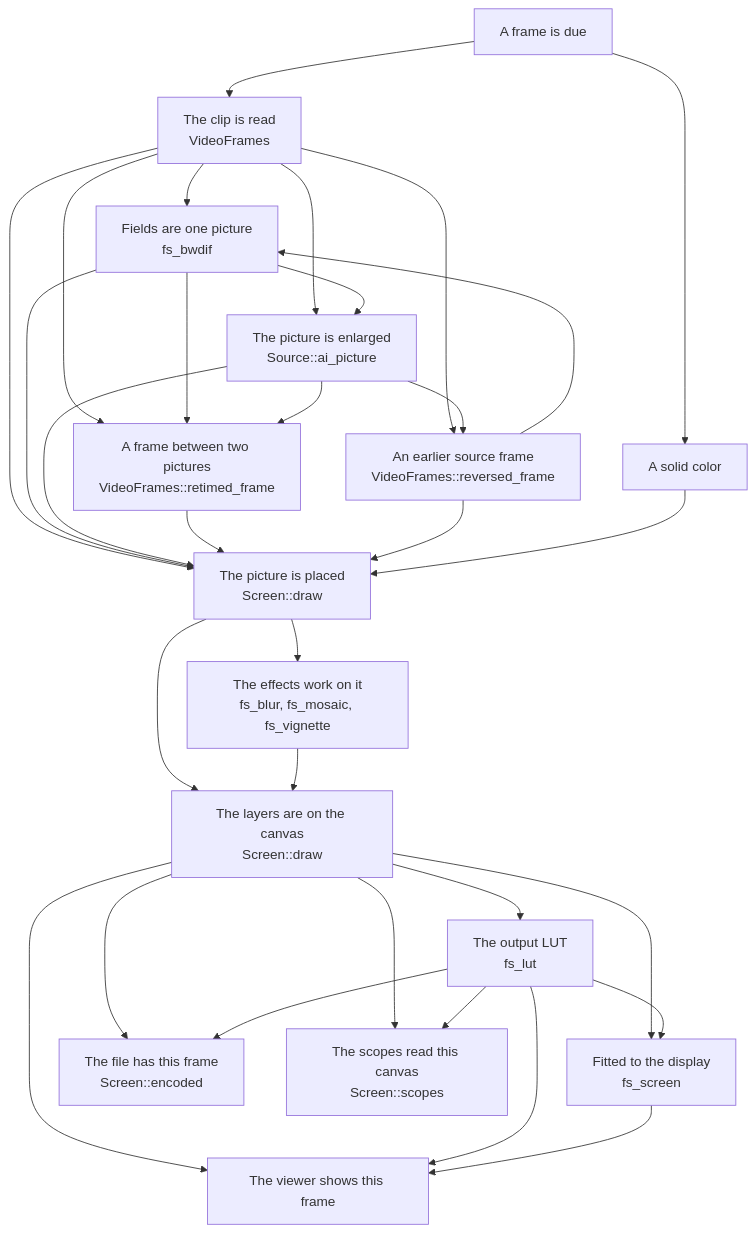
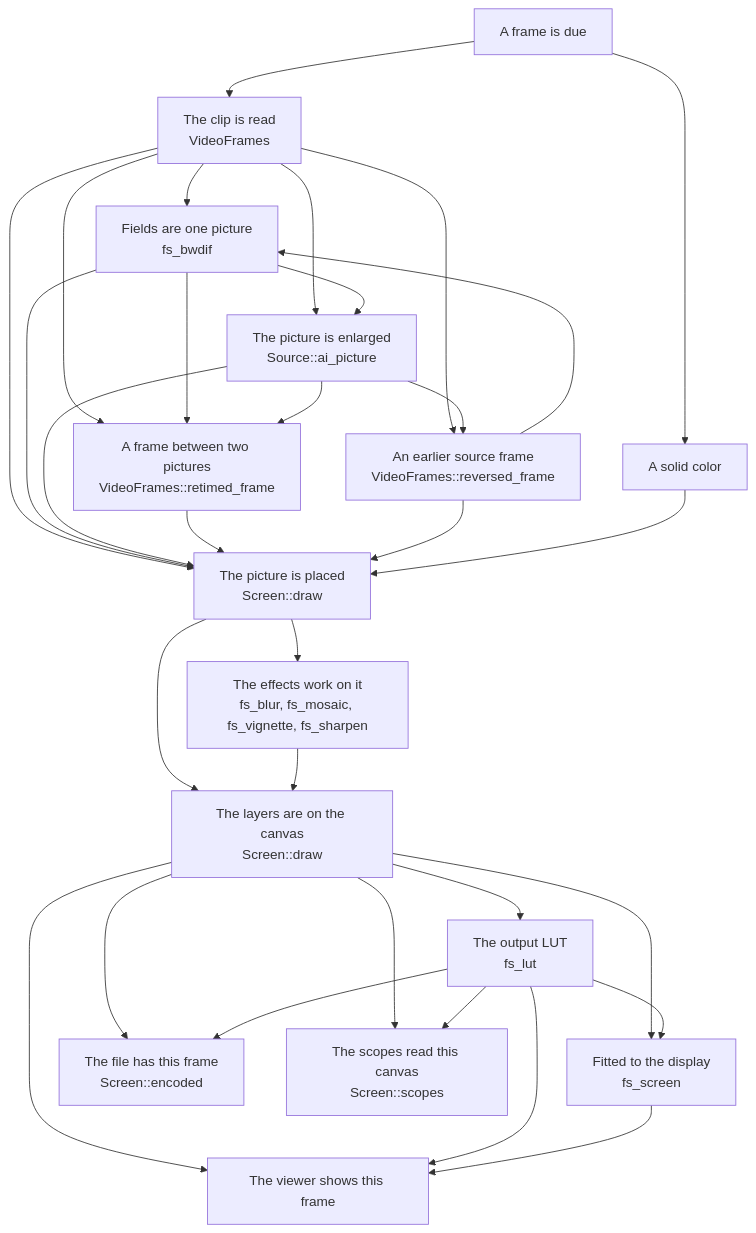
One commit to oittaa/vidcut changed the third of 3 diagrams in docs/design/README.md. Above: the diagram before and after it, drawn with Mermaid. The commit also changed other lines of this file and 20 other files, not shown here.

First line of the commit message:
feat(effects): Sharpen makes three bands of detail stronger (#924)

````diff
--- a/docs/design/README.md
+++ b/docs/design/README.md
@@ -61,48 +61,48 @@
 ```mermaid
 flowchart TD
   due["A frame is due"]
   read["The clip is read<br>VideoFrames"]
   solid["A solid color"]
   weave["Fields are one picture<br>fs_bwdif"]
   grow["The picture is enlarged<br>Source::ai_picture"]
   between["A frame between two pictures<br>VideoFrames::retimed_frame"]
   earlier["An earlier source frame<br>VideoFrames::reversed_frame"]
   place["The picture is placed<br>Screen::draw"]
-  fx["The effects work on it<br>fs_blur, fs_mosaic, fs_vignette"]
+  fx["The effects work on it<br>fs_blur, fs_mosaic, fs_vignette, fs_sharpen"]
   mix["The layers are on the canvas<br>Screen::draw"]
   looked["The output LUT<br>fs_lut"]
   show["The viewer shows this frame"]
   mapped["Fitted to the display<br>fs_screen"]
   file["The file has this frame<br>Screen::encoded"]
   scopes["The scopes read this canvas<br>Screen::scopes"]
   due --> read
   due --> solid
   read --> weave
   read --> grow
   read --> between
   read --> earlier
   read --> place
   weave --> grow
   weave --> between
   weave --> place
   grow --> between
   grow --> earlier
   grow --> place
   between --> place
   earlier --> weave
   earlier --> place
   solid --> place
   place --> fx
   place --> mix
   fx --> mix
   mix --> looked
   mix --> show
   mix --> mapped
   mix --> file
   mix --> scopes
   looked --> show
   looked --> mapped
   looked --> file
   looked --> scopes
   mapped --> show
 ```
````
